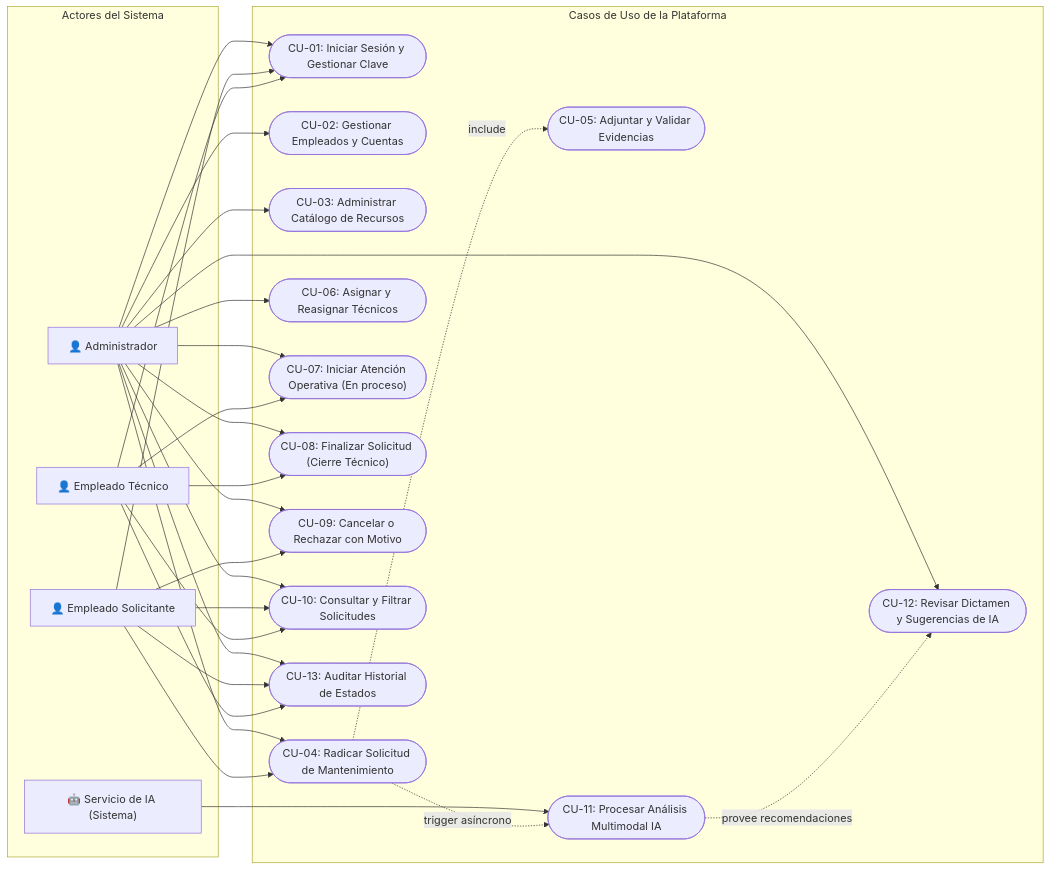
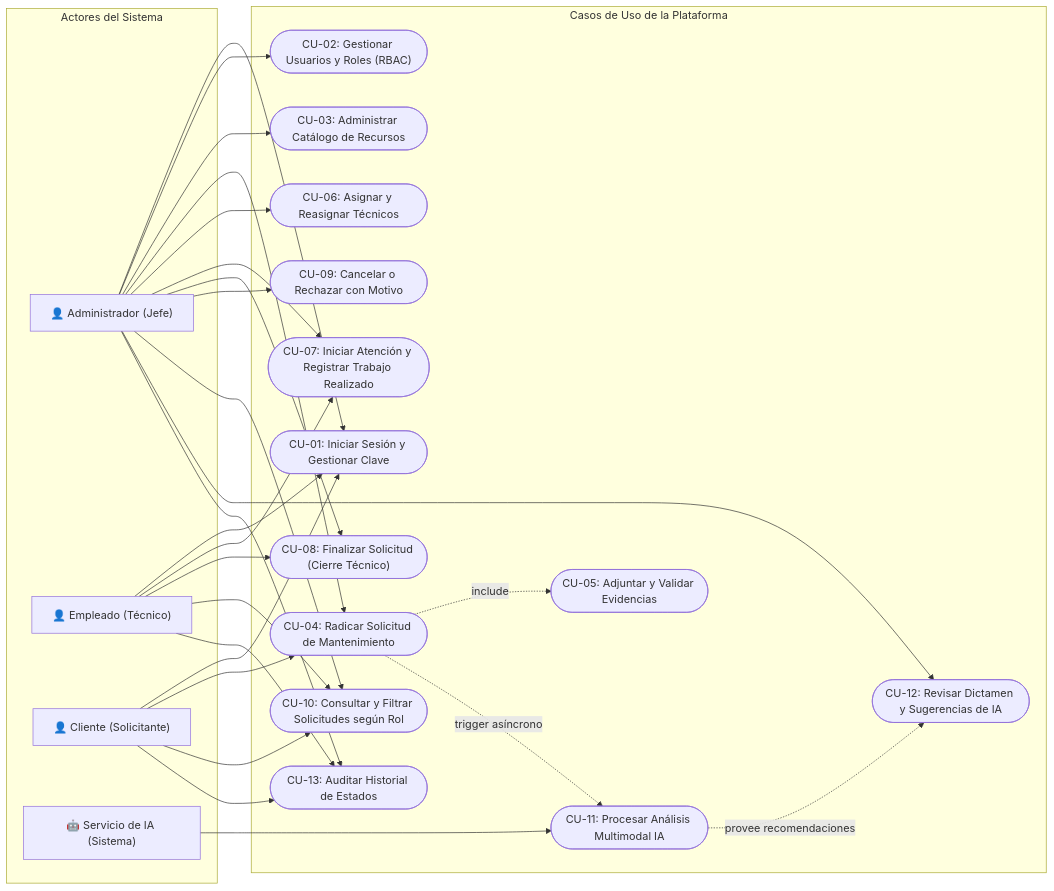
One commit to William-Jimenez/Mantenimiento changed the first of 6 diagrams in docs/diagrama_uml.md. Above: the diagram before and after it, drawn with Mermaid. The commit also changed other lines of this file and 18 other files, not shown here.

Commit message:
feat(rbac): implement 3-tier role hierarchy (Administrador, Empleado, Cliente) with UI/API access control and tests

````diff
--- a/docs/diagrama_uml.md
+++ b/docs/diagrama_uml.md
@@ -41,59 +41,58 @@
 ```mermaid
 flowchart LR
     %% Actores
     subgraph Actores["Actores del Sistema"]
-        Admin["👤 Administrador"]
-        Empleado["👤 Empleado Solicitante"]
-        Tecnico["👤 Empleado Técnico"]
+        Admin["👤 Administrador (Jefe)"]
+        Tecnico["👤 Empleado (Técnico)"]
+        Cliente["👤 Cliente (Solicitante)"]
         AIService["🤖 Servicio de IA (Sistema)"]
     end
 
     %% Casos de Uso
     subgraph CasosDeUso["Casos de Uso de la Plataforma"]
         CU01(["CU-01: Iniciar Sesión y Gestionar Clave"])
-        CU02(["CU-02: Gestionar Empleados y Cuentas"])
+        CU02(["CU-02: Gestionar Usuarios y Roles (RBAC)"])
         CU03(["CU-03: Administrar Catálogo de Recursos"])
         CU04(["CU-04: Radicar Solicitud de Mantenimiento"])
         CU05(["CU-05: Adjuntar y Validar Evidencias"])
         CU06(["CU-06: Asignar y Reasignar Técnicos"])
-        CU07(["CU-07: Iniciar Atención Operativa (En proceso)"])
+        CU07(["CU-07: Iniciar Atención y Registrar Trabajo Realizado"])
         CU08(["CU-08: Finalizar Solicitud (Cierre Técnico)"])
         CU09(["CU-09: Cancelar o Rechazar con Motivo"])
-        CU10(["CU-10: Consultar y Filtrar Solicitudes"])
+        CU10(["CU-10: Consultar y Filtrar Solicitudes según Rol"])
         CU11(["CU-11: Procesar Análisis Multimodal IA"])
         CU12(["CU-12: Revisar Dictamen y Sugerencias de IA"])
         CU13(["CU-13: Auditar Historial de Estados"])
     end
 
     %% Asociaciones de Actores a Casos de Uso
     Admin --> CU01
     Admin --> CU02
     Admin --> CU03
     Admin --> CU04
     Admin --> CU06
     Admin --> CU07
     Admin --> CU08
     Admin --> CU09
     Admin --> CU10
     Admin --> CU12
     Admin --> CU13
 
-    Empleado --> CU01
-    Empleado --> CU04
-    Empleado --> CU09
-    Empleado --> CU10
-    Empleado --> CU13
+    Cliente --> CU01
+    Cliente --> CU04
+    Cliente --> CU10
+    Cliente --> CU13
 
     Tecnico --> CU01
     Tecnico --> CU07
     Tecnico --> CU08
     Tecnico --> CU10
     Tecnico --> CU13
 
     AIService --> CU11
 
     %% Relaciones Include y Extend
     CU04 -.->|include| CU05
     CU04 -.->|trigger asíncrono| CU11
     CU11 -.->|provee recomendaciones| CU12
 ```
````
